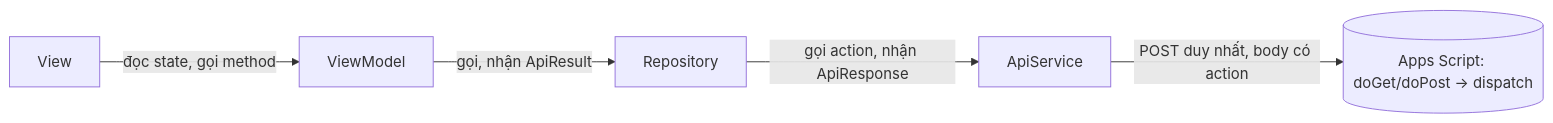
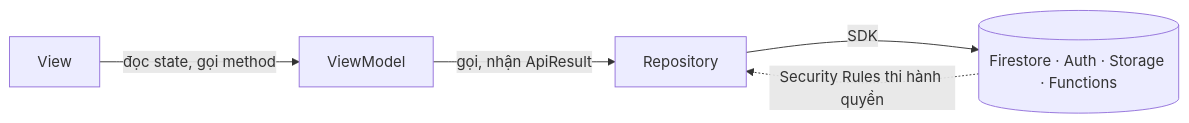
Before and after one commit to ducminh852005/fapcheckin: the diagram in docs/quick-start.md, drawn with Mermaid. The commit also changed other lines of this file and 26 other files, not shown here.

First line of the commit message:
docs: rewrite architecture docs for Firebase and trim unused ones

````diff
--- a/docs/quick-start.md
+++ b/docs/quick-start.md
@@ -335,7 +118,7 @@
 ```mermaid
 flowchart LR
     View -->|đọc state, gọi method| ViewModel
     ViewModel -->|gọi, nhận ApiResult| Repository
-    Repository -->|gọi action, nhận ApiResponse| ApiService
-    ApiService -->|POST duy nhất, body có action| Backend[(Apps Script: doGet/doPost → dispatch)]
+    Repository -->|SDK| Firebase[(Firestore · Auth · Storage · Functions)]
+    Firebase -.Security Rules thi hành quyền.-> Repository
 ```
````
